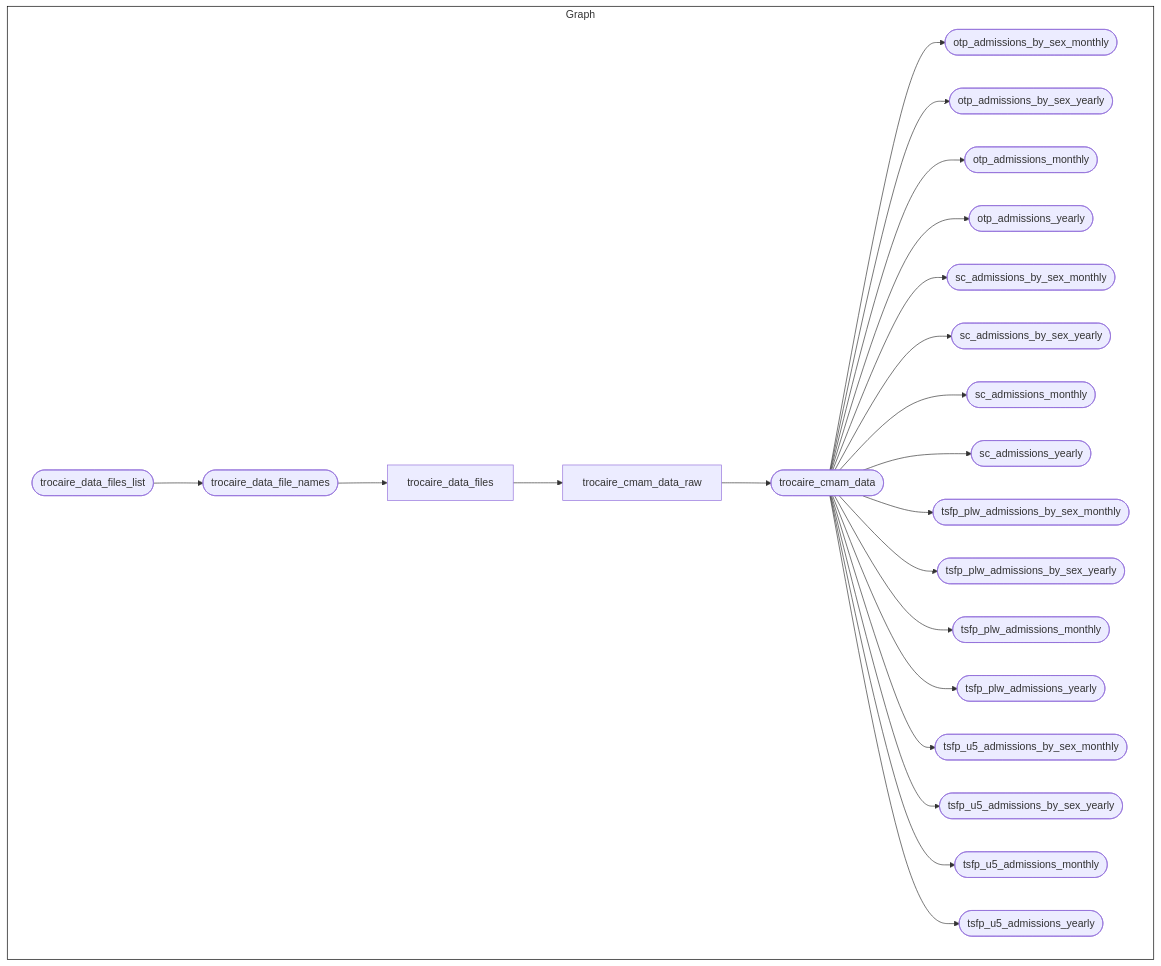
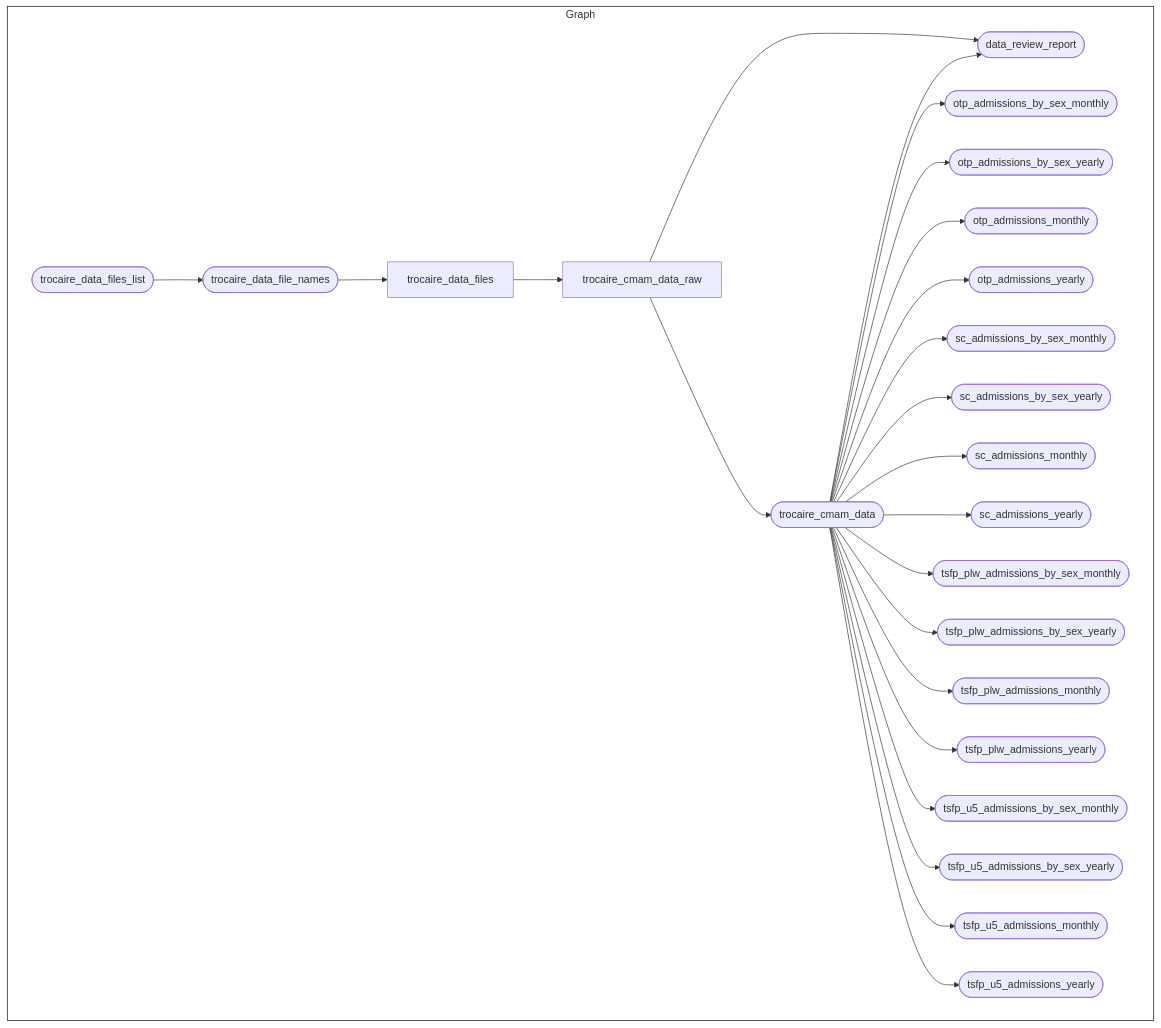
One commit to OxfordIHTM/trocaire-cmam-analytics changed the diagram in README.md. Above: the diagram before and after it, drawn with Mermaid. The commit also changed other lines of this file and 3 other files, not shown here.

````diff
--- a/README.md
+++ b/README.md
@@ -151,28 +151,30 @@
 ``` mermaid
 graph LR
   style Graph fill:#FFFFFF00,stroke:#000000;
   subgraph Graph
     direction LR
+    x49ad837c8662aacd(["trocaire_cmam_data"]):::skipped --> xf69487b7eb1bdf74(["data_review_report"]):::completed
+    xefcb70fd373e934d["trocaire_cmam_data_raw"]:::skipped --> xf69487b7eb1bdf74(["data_review_report"]):::completed
     x49ad837c8662aacd(["trocaire_cmam_data"]):::skipped --> xe1cb52acd9cb733d(["otp_admissions_by_sex_monthly"]):::skipped
     x49ad837c8662aacd(["trocaire_cmam_data"]):::skipped --> xc5234a98b2b6e9c0(["otp_admissions_by_sex_yearly"]):::skipped
     x49ad837c8662aacd(["trocaire_cmam_data"]):::skipped --> x211a3b39dfafa3b3(["otp_admissions_monthly"]):::skipped
     x49ad837c8662aacd(["trocaire_cmam_data"]):::skipped --> x7278532b2bc29c60(["otp_admissions_yearly"]):::skipped
     x49ad837c8662aacd(["trocaire_cmam_data"]):::skipped --> x11cedfe9795e0456(["sc_admissions_by_sex_monthly"]):::skipped
     x49ad837c8662aacd(["trocaire_cmam_data"]):::skipped --> xe8b2466bc3ec193d(["sc_admissions_by_sex_yearly"]):::skipped
     x49ad837c8662aacd(["trocaire_cmam_data"]):::skipped --> x51516c5a51bc6f72(["sc_admissions_monthly"]):::skipped
     x49ad837c8662aacd(["trocaire_cmam_data"]):::skipped --> xd02d1bbb0c19e187(["sc_admissions_yearly"]):::skipped
     xefcb70fd373e934d["trocaire_cmam_data_raw"]:::skipped --> x49ad837c8662aacd(["trocaire_cmam_data"]):::skipped
     xab2ef7d5cf8c2a5a["trocaire_data_files"]:::skipped --> xefcb70fd373e934d["trocaire_cmam_data_raw"]:::skipped
     x768c673cc9e63582(["trocaire_data_files_list"]):::completed --> x2de3516cf4485518(["trocaire_data_file_names"]):::completed
     x2de3516cf4485518(["trocaire_data_file_names"]):::completed --> xab2ef7d5cf8c2a5a["trocaire_data_files"]:::skipped
     x49ad837c8662aacd(["trocaire_cmam_data"]):::skipped --> xbd3f23f4f80bc001(["tsfp_plw_admissions_by_sex_monthly"]):::skipped
     x49ad837c8662aacd(["trocaire_cmam_data"]):::skipped --> xa4028d0478a08c4a(["tsfp_plw_admissions_by_sex_yearly"]):::skipped
     x49ad837c8662aacd(["trocaire_cmam_data"]):::skipped --> xc8e187d255805f46(["tsfp_plw_admissions_monthly"]):::skipped
     x49ad837c8662aacd(["trocaire_cmam_data"]):::skipped --> x77f2fe6f084dca2c(["tsfp_plw_admissions_yearly"]):::skipped
     x49ad837c8662aacd(["trocaire_cmam_data"]):::skipped --> x15baf61e9ffb2262(["tsfp_u5_admissions_by_sex_monthly"]):::skipped
     x49ad837c8662aacd(["trocaire_cmam_data"]):::skipped --> x7b12cae56451f5ec(["tsfp_u5_admissions_by_sex_yearly"]):::skipped
     x49ad837c8662aacd(["trocaire_cmam_data"]):::skipped --> x7b6f17b702e81898(["tsfp_u5_admissions_monthly"]):::skipped
     x49ad837c8662aacd(["trocaire_cmam_data"]):::skipped --> x6bc4301a20d74330(["tsfp_u5_admissions_yearly"]):::skipped
     
   end
 ```
````
